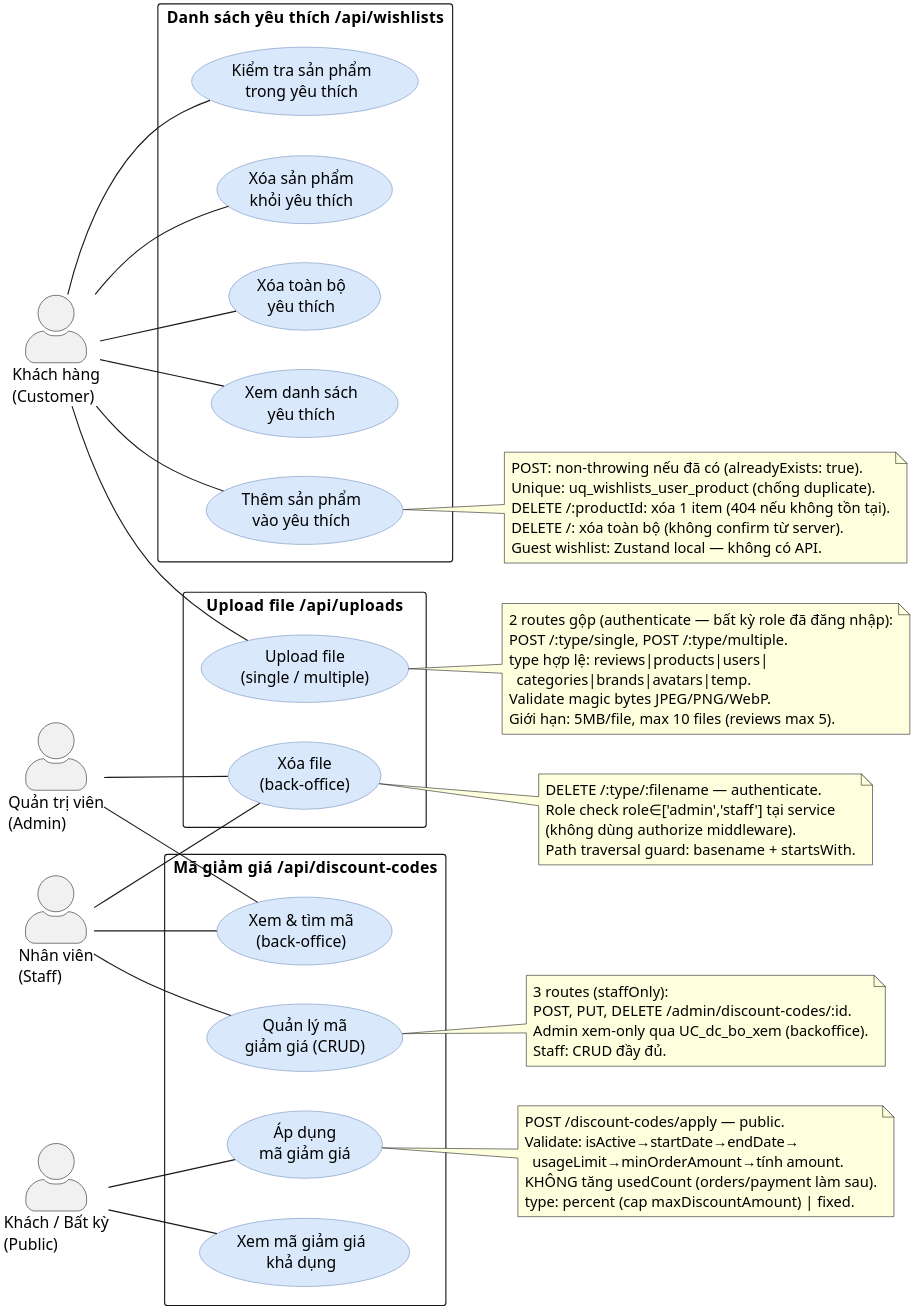
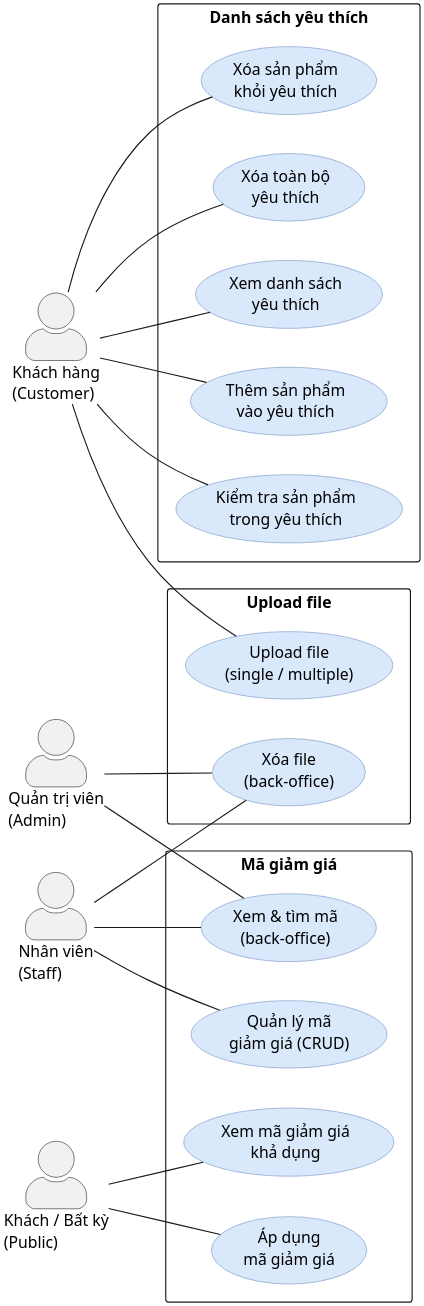
One commit to MinhThang1009/E-commerce-website changed the diagram in diagrams/usecase/usecase-18-wishlist-upload-discount.puml. Above: the diagram before and after it, drawn with PlantUML. The commit also changed 266 other files, not shown here.

```diff
--- a/diagrams/usecase/usecase-18-wishlist-upload-discount.puml
+++ b/diagrams/usecase/usecase-18-wishlist-upload-discount.puml
@@ -1,121 +1,131 @@
 @startuml usecase-18-wishlist-upload-discount
 ' Sơ đồ use case — Wishlist + Upload + Mã giảm giá (§2.8)
 ' Ground-truth:
 '   wishlist/routes.js  — 5 routes, router.use(authenticate):
 '     GET  /wishlists/               — xem danh sách
 '     POST /wishlists/               — thêm sản phẩm
 '     GET  /wishlists/check/:pid     — kiểm tra sản phẩm
 '     DELETE /wishlists/:pid         — xóa 1 sản phẩm
 '     DELETE /wishlists/             — xóa toàn bộ
 '   upload/routes.js    — 3 routes, authenticate inline:
 '     POST   /uploads/:type/single   — upload 1 file
 '     POST   /uploads/:type/multiple — upload nhiều file
 '     DELETE /uploads/:type/:file    — xóa file (role check trong service)
 '   discount-code/routes.js — 2 routes public:
 '     GET  /discount-codes/          — danh sách khả dụng
 '     POST /discount-codes/apply     — áp dụng mã
 '   admin/routes.js (discount CRUD) — 5 routes adminAuthenticate:
 '     GET    /admin/discount-codes         backoffice (admin+staff)
 '     GET    /admin/discount-codes/:id     backoffice (admin+staff)
 '     POST   /admin/discount-codes         staffOnly
 '     PUT    /admin/discount-codes/:id     staffOnly
 '     DELETE /admin/discount-codes/:id     staffOnly
 ' Denominator: 15 routes → 11 UC
 '   (upload single+multiple gộp; admin DC list+detail gộp; admin DC write gộp)
 left to right direction
 skinparam dpi 300
 skinparam backgroundColor #FFFFFF
 skinparam shadowing false
 skinparam packageStyle rectangle
 skinparam usecase {
   BackgroundColor #DAE8FC
   BorderColor #6C8EBF
 }
 skinparam actorStyle awesome
 
 actor "Khách hàng\n(Customer)" as customer
 actor "Khách / Bất kỳ\n(Public)" as pub
 actor "Nhân viên\n(Staff)" as staff
 actor "Quản trị viên\n(Admin)" as admin
 
-package "Danh sách yêu thích   /api/wishlists" {
+package "Danh sách yêu thích" {
   usecase "Xem danh sách\nyêu thích" as UC_wl_xem
   usecase "Thêm sản phẩm\nvào yêu thích" as UC_wl_them
   usecase "Kiểm tra sản phẩm\ntrong yêu thích" as UC_wl_check
   usecase "Xóa sản phẩm\nkhỏi yêu thích" as UC_wl_xoa
   usecase "Xóa toàn bộ\nyêu thích" as UC_wl_clear
 }
 
-package "Upload file   /api/uploads" {
+package "Upload file" {
   usecase "Upload file\n(single / multiple)" as UC_up_upload
   usecase "Xóa file\n(back-office)" as UC_up_xoa
 }
 
-package "Mã giảm giá   /api/discount-codes" {
+package "Mã giảm giá" {
   usecase "Xem mã giảm giá\nkhả dụng" as UC_dc_xem
   usecase "Áp dụng\nmã giảm giá" as UC_dc_apply
   usecase "Xem & tìm mã\n(back-office)" as UC_dc_bo_xem
   usecase "Quản lý mã\ngiảm giá (CRUD)" as UC_dc_crud
 }
 
 ' Wishlist — Customer only (all routes require authenticate)
 customer -- UC_wl_xem
 customer -- UC_wl_them
 customer -- UC_wl_check
 customer -- UC_wl_xoa
 customer -- UC_wl_clear
 
 ' Upload — Customer uploads; Admin + Staff delete (service check role∈['admin','staff'])
 customer -- UC_up_upload
 staff -- UC_up_xoa
 admin -- UC_up_xoa
 
 ' Discount public — bất kỳ
 pub -- UC_dc_xem
 pub -- UC_dc_apply
 
 ' Discount back-office
 staff -- UC_dc_bo_xem
 staff -- UC_dc_crud
 admin -- UC_dc_bo_xem
 
+/'
 note right of UC_wl_them
   POST: non-throwing nếu đã có (alreadyExists: true).
   Unique: uq_wishlists_user_product (chống duplicate).
   DELETE /:productId: xóa 1 item (404 nếu không tồn tại).
   DELETE /: xóa toàn bộ (không confirm từ server).
   Guest wishlist: Zustand local — không có API.
 end note
+'/
 
+/'
 note right of UC_up_upload
   2 routes gộp (authenticate — bất kỳ role đã đăng nhập):
   POST /:type/single, POST /:type/multiple.
   type hợp lệ: reviews|products|users|
     categories|brands|avatars|temp.
   Validate magic bytes JPEG/PNG/WebP.
   Giới hạn: 5MB/file, max 10 files (reviews max 5).
 end note
+'/
 
+/'
 note right of UC_up_xoa
   DELETE /:type/:filename — authenticate.
   Role check role∈['admin','staff'] tại service
   (không dùng authorize middleware).
   Path traversal guard: basename + startsWith.
 end note
+'/
 
+/'
 note right of UC_dc_apply
   POST /discount-codes/apply — public.
   Validate: isActive→startDate→endDate→
     usageLimit→minOrderAmount→tính amount.
   KHÔNG tăng usedCount (orders/payment làm sau).
   type: percent (cap maxDiscountAmount) | fixed.
 end note
+'/
 
+/'
 note right of UC_dc_crud
   3 routes (staffOnly):
   POST, PUT, DELETE /admin/discount-codes/:id.
   Admin xem-only qua UC_dc_bo_xem (backoffice).
   Staff: CRUD đầy đủ.
 end note
+'/
 
 @enduml
```
